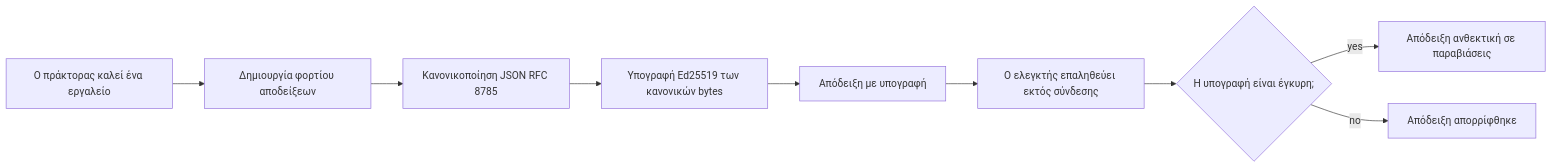
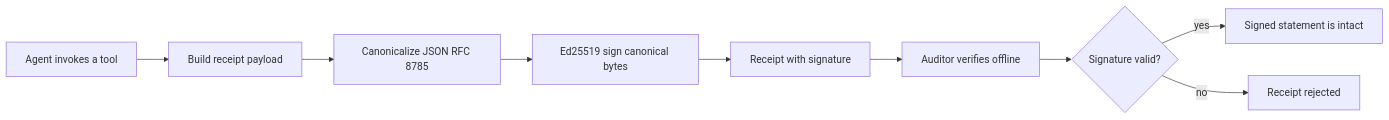
One commit to microsoft/ai-agents-for-beginners changed the first of 2 diagrams in translations/el/18-securing-ai-agents/README.md. Above: the diagram before and after it, drawn with Mermaid. The commit also changed other lines of this file and 10 other files, not shown here.

````diff
--- a/translations/el/18-securing-ai-agents/README.md
+++ b/translations/el/18-securing-ai-agents/README.md
@@ -51,11 +54,11 @@
 ```mermaid
 flowchart LR
-    A[Ο πράκτορας καλεί ένα εργαλείο] --> B[Δημιουργία φορτίου αποδείξεων]
-    B --> C[Κανονικοποίηση JSON RFC 8785]
-    C --> E[Υπογραφή Ed25519 των κανονικών bytes]
-    E --> F[Απόδειξη με υπογραφή]
-    F --> G[Ο ελεγκτής επαληθεύει εκτός σύνδεσης]
-    G --> H{Η υπογραφή είναι έγκυρη;}
-    H -- yes --> I[Απόδειξη ανθεκτική σε παραβιάσεις]
-    H -- no --> J[Απόδειξη απορρίφθηκε]
+    A[Agent invokes a tool] --> B[Build receipt payload]
+    B --> C[Canonicalize JSON RFC 8785]
+    C --> E[Ed25519 sign canonical bytes]
+    E --> F[Receipt with signature]
+    F --> G[Auditor verifies offline]
+    G --> H{Signature valid?}
+    H -- yes --> I[Signed statement is intact]
+    H -- no --> J[Receipt rejected]
 ```
````
